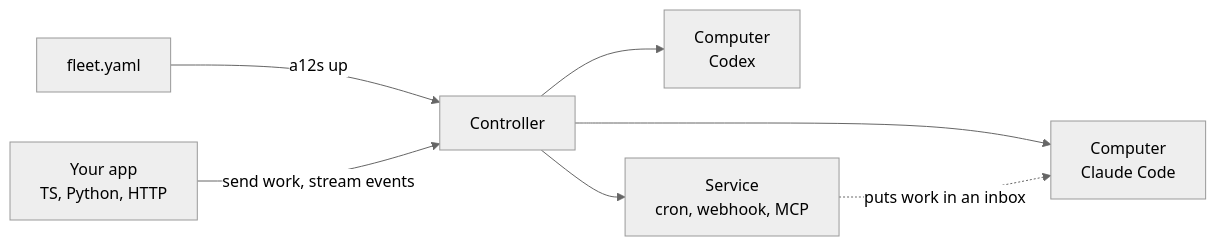
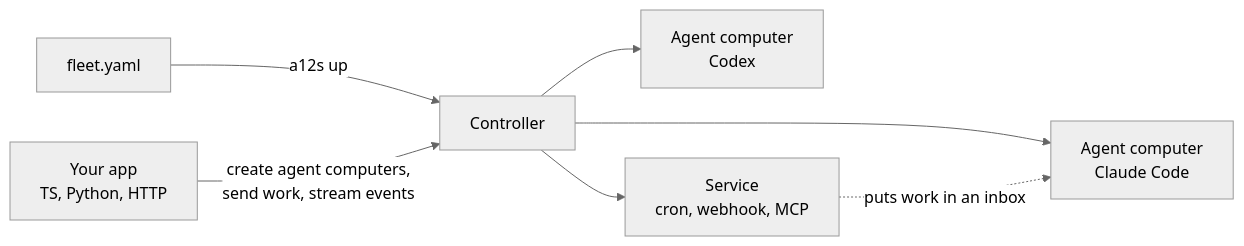
The diagram in README.md (coltonkirsten/a12s), drawn with Mermaid (neutral theme) before and after one commit. The commit also changed other lines of this file and 15 other files, not shown here.

Commit message:
docs: agent computers, the object SDK and live writes

````diff
--- a/README.md
+++ b/README.md
@@ -83,9 +99,9 @@
 ```mermaid
 flowchart LR
   F["fleet.yaml"] -- "a12s up" --> C["Controller"]
-  App["Your app<br/>TS, Python, HTTP"] -- "send work, stream events" --> C
-  C --> A["Computer<br/>Claude Code"]
-  C --> B["Computer<br/>Codex"]
+  App["Your app<br/>TS, Python, HTTP"] -- "create agent computers,<br/>send work, stream events" --> C
+  C --> A["Agent computer<br/>Claude Code"]
+  C --> B["Agent computer<br/>Codex"]
   C --> S["Service<br/>cron, webhook, MCP"]
   S -. "puts work in an inbox" .-> A
 ```
````
